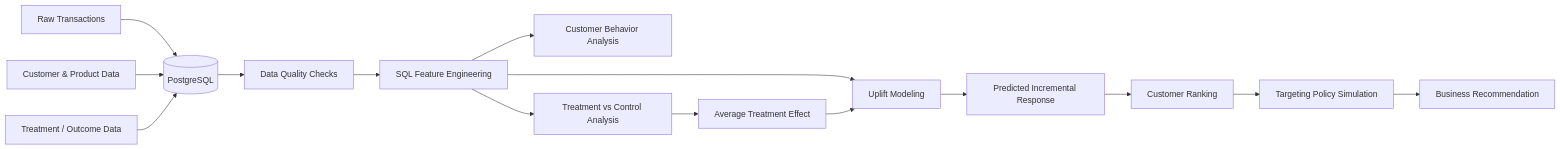
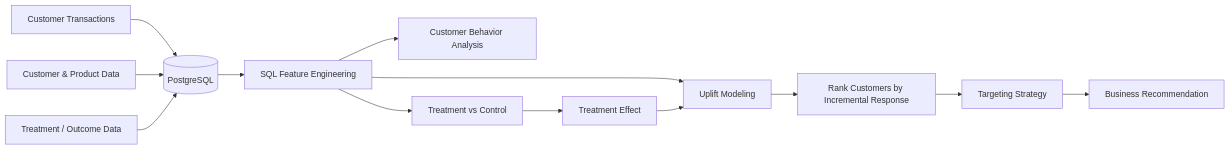
Before and after one commit to Thizisfranklin/Retail-Promotion-Targeting-Uplift-Modeling: the diagram in README.md, drawn with Mermaid. The commit also changed other lines of this file, not shown here.

````diff
--- a/README.md
+++ b/README.md
@@ -88,25 +17,21 @@
 ```mermaid
 flowchart LR
 
-    A[Raw Transactions] --> D[(PostgreSQL)]
+    A[Customer Transactions] --> D[(PostgreSQL)]
     B[Customer & Product Data] --> D
     C[Treatment / Outcome Data] --> D
 
-    D --> E[Data Quality Checks]
-    E --> F[SQL Feature Engineering]
+    D --> E[SQL Feature Engineering]
 
-    F --> G[Customer Behavior Analysis]
-    F --> H[Treatment vs Control Analysis]
+    E --> F[Customer Behavior Analysis]
+    E --> G[Treatment vs Control]
 
-    H --> I[Average Treatment Effect]
+    G --> H[Treatment Effect]
+    E --> I[Uplift Modeling]
 
-    F --> J[Uplift Modeling]
-    I --> J
+    H --> I
+    I --> J[Rank Customers by Incremental Response]
 
-    J --> K[Predicted Incremental Response]
-
-    K --> L[Customer Ranking]
-    L --> M[Targeting Policy Simulation]
-
-    M --> N[Business Recommendation]
+    J --> K[Targeting Strategy]
+    K --> L[Business Recommendation]
 ```
````
